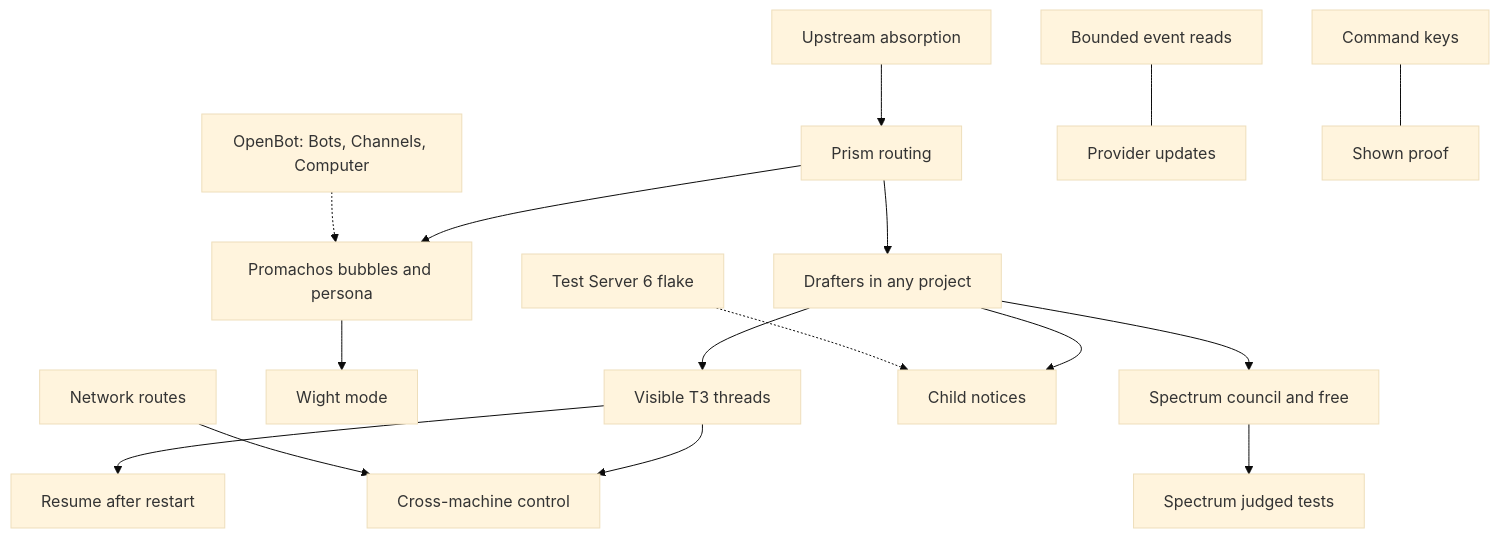
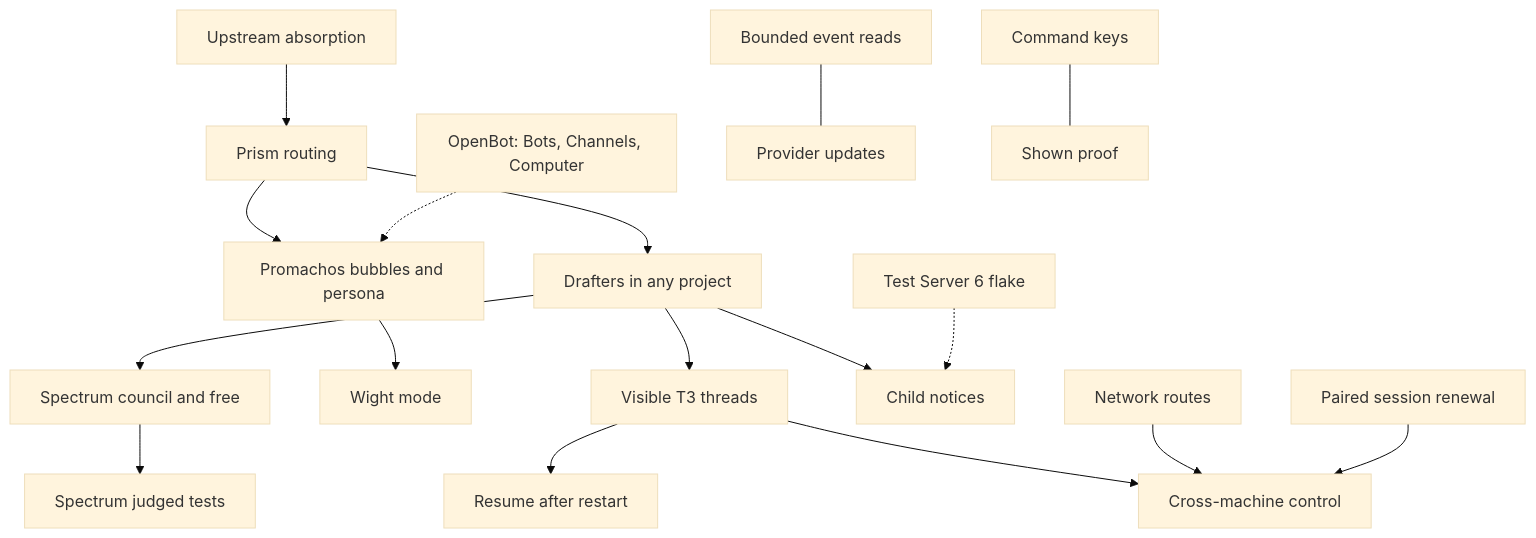
One commit to toolboxmd/chromeria changed the diagram in docs/map.md. Above: the diagram before and after it, drawn with Mermaid (base theme). The commit also changed 43 other files, not shown here.

````diff
--- a/docs/map.md
+++ b/docs/map.md
@@ -13,51 +13,54 @@
 ```mermaid
 flowchart TD
     PZ["Prism routing"]
     %% PZ: #92
     VT["Visible T3 threads"]
     %% VT: #10
     PM["Promachos bubbles and persona"]
     %% PM: #116
     WG["Wight mode"]
     %% WG: #117
     DR["Drafters in any project"]
     %% DR: #114 PR #126
     SC["Spectrum council and free"]
     %% SC: #118
     JT["Spectrum judged tests"]
     %% JT: #119
     OB["OpenBot: Bots, Channels, Computer"]
     %% OB: context
     UA["Upstream absorption"]
     %% UA: #166 PR #291
     BR["Bounded event reads"]
     %% BR: #256 PR #267
     PU["Provider updates"]
     %% PU: #263 PR #272
     RS["Resume after restart"]
     %% RS: #264 PR #301 PR #291 PR #329
     SN["Child notices"]
     %% SN: #269 PR #279
     CK["Command keys"]
     %% CK: #232 PR #243
     SP["Shown proof"]
     %% SP: #245 PR #313
     TF["Test Server 6 flake"]
     %% TF: #259 PR #278
     XM["Cross-machine control"]
     %% XM: #164 PR #291 PR #290 PR #303 #302 PR #304
     NR["Network routes"]
     %% NR: #292
+    PRN["Paired session renewal"]
+    %% PRN: #323 PR #334
 
     PZ --> PM --> WG
     PZ --> DR --> VT --> XM
     NR --> XM
+    PRN --> XM
     DR --> SC --> JT
     DR --> SN
     VT --> RS
     OB -.-> PM
     UA --> PZ
     CK --- SP
     TF -.-> SN
     BR --- PU
 ```
````
